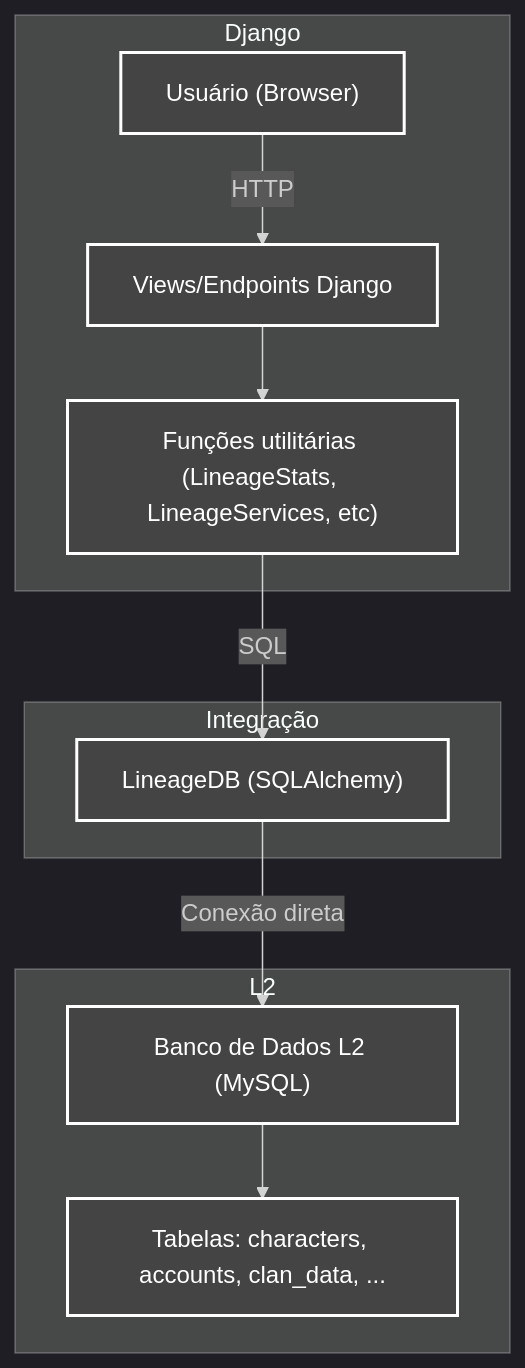
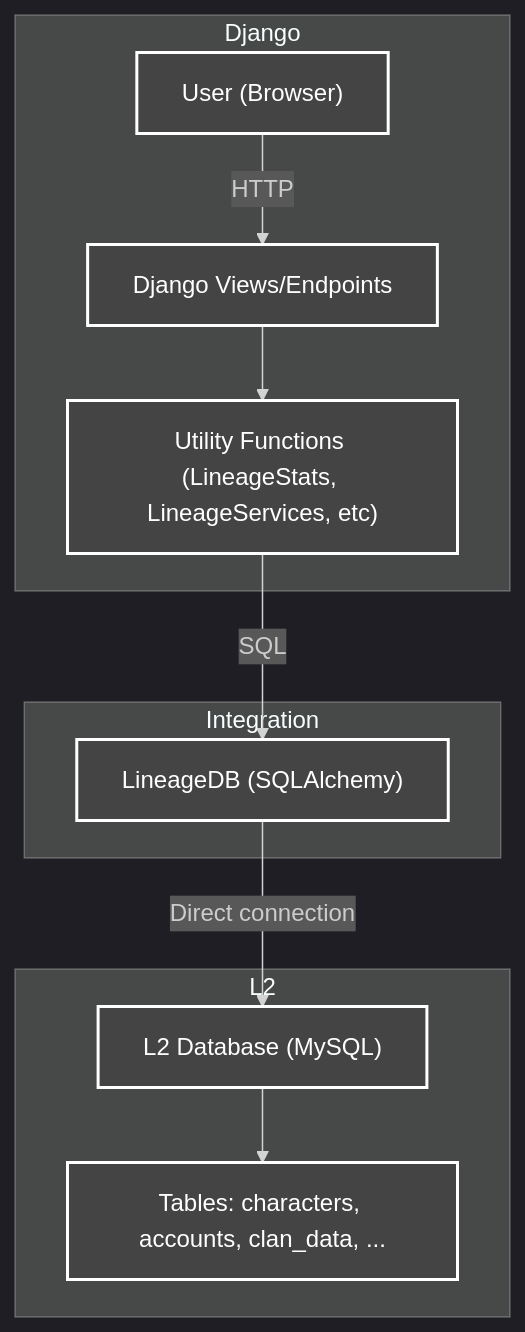
One commit to jacksonfelipe/lineage changed the diagram in docs/LINEAGE2_DB_INTEGRATION_DIAGRAM.md. Above: the diagram before and after it, drawn with Mermaid. The commit also changed other lines of this file and 18 other files, not shown here.

````diff
--- a/docs/LINEAGE2_DB_INTEGRATION_DIAGRAM.md
+++ b/docs/LINEAGE2_DB_INTEGRATION_DIAGRAM.md
@@ -5,26 +5,26 @@
 ```mermaid
 flowchart TD
     subgraph Django
-        A["Usuário (Browser)"]
-        B["Views/Endpoints Django"]
-        C["Funções utilitárias (LineageStats, LineageServices, etc)"]
+        A["User (Browser)"]
+        B["Django Views/Endpoints"]
+        C["Utility Functions (LineageStats, LineageServices, etc)"]
     end
-    subgraph Integração
+    subgraph Integration
         D["LineageDB (SQLAlchemy)"]
     end
     subgraph L2
-        E["Banco de Dados L2 (MySQL)"]
-        F["Tabelas: characters, accounts, clan_data, ..."]
+        E["L2 Database (MySQL)"]
+        F["Tables: characters, accounts, clan_data, ..."]
     end
 
     A -->|HTTP| B
     B --> C
     C -->|SQL| D
-    D -->|Conexão direta| E
+    D -->|Direct connection| E
     E --> F
 
     classDef safe fill:#444,stroke:#fff,stroke-width:2px,color:#fff;
     class A,B,C,D,E,F safe;
-    %% Fundo do gráfico
+    %% Background
     %%{init: { 'theme': 'dark' }}%%
 ```
````
